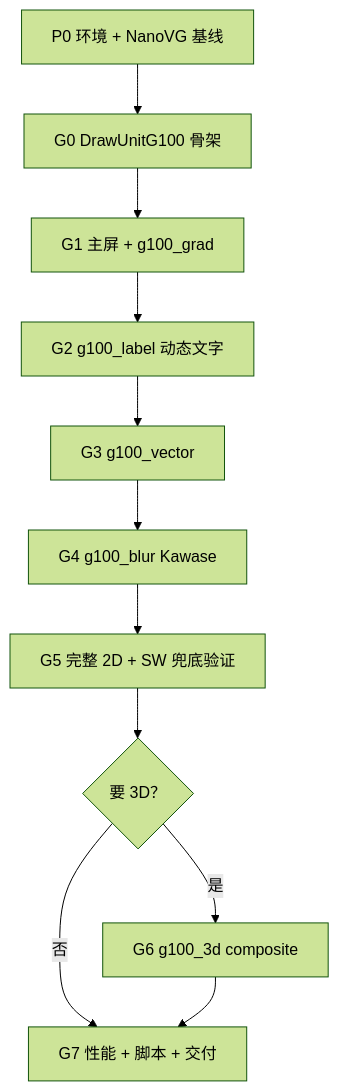
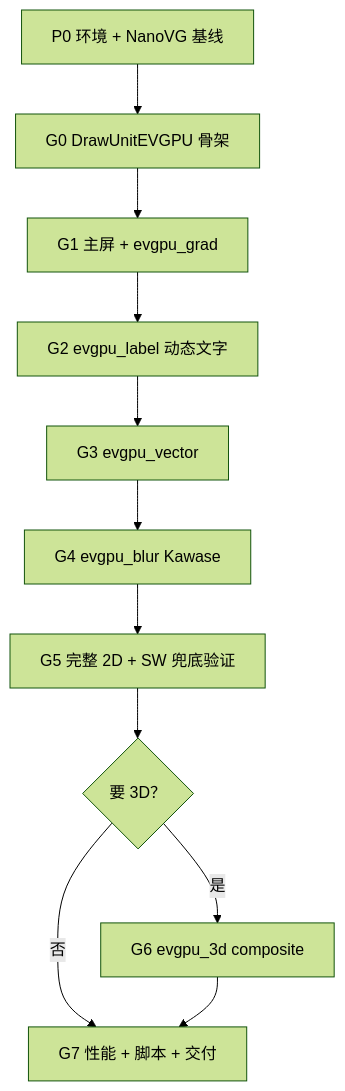
One commit to ganzhong007/lv_port_linux changed the sixth of 6 diagrams in docs/gles2_gpu_porting_plan.md. Above: the diagram before and after it, drawn with Mermaid (forest theme). The commit also changed other lines of this file and 13 other files, not shown here.

````diff
--- a/docs/gles2_gpu_porting_plan.md
+++ b/docs/gles2_gpu_porting_plan.md
@@ -481,13 +481,13 @@
 ```mermaid
 flowchart TD
-    P0["P0 环境 + NanoVG 基线"] --> G0["G0 DrawUnitG100 骨架"]
-    G0 --> G1["G1 主屏 + g100_grad"]
-    G1 --> G2["G2 g100_label 动态文字"]
-    G2 --> G3["G3 g100_vector"]
-    G3 --> G4["G4 g100_blur Kawase"]
+    P0["P0 环境 + NanoVG 基线"] --> G0["G0 DrawUnitEVGPU 骨架"]
+    G0 --> G1["G1 主屏 + evgpu_grad"]
+    G1 --> G2["G2 evgpu_label 动态文字"]
+    G2 --> G3["G3 evgpu_vector"]
+    G3 --> G4["G4 evgpu_blur Kawase"]
     G4 --> G5["G5 完整 2D + SW 兜底验证"]
     G5 --> G6{"要 3D？"}
-    G6 -->|是| G6a["G6 g100_3d composite"]
+    G6 -->|是| G6a["G6 evgpu_3d composite"]
     G6 -->|否| G7
     G6a --> G7["G7 性能 + 脚本 + 交付"]
 ```
````
